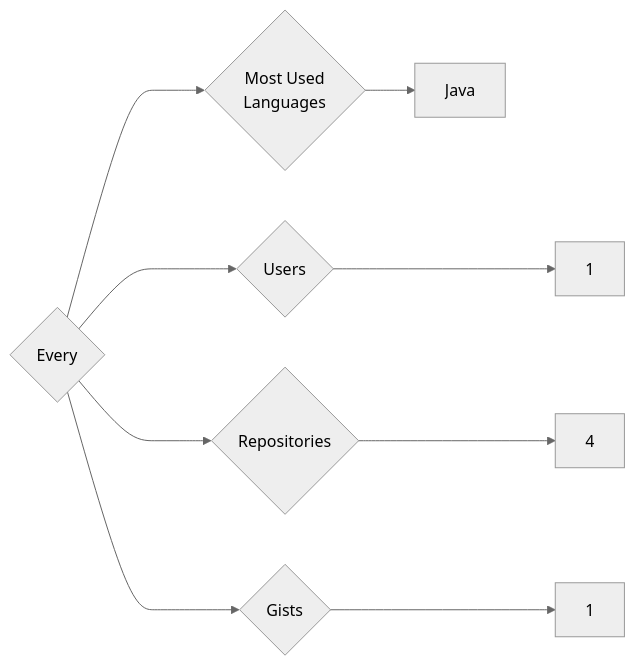
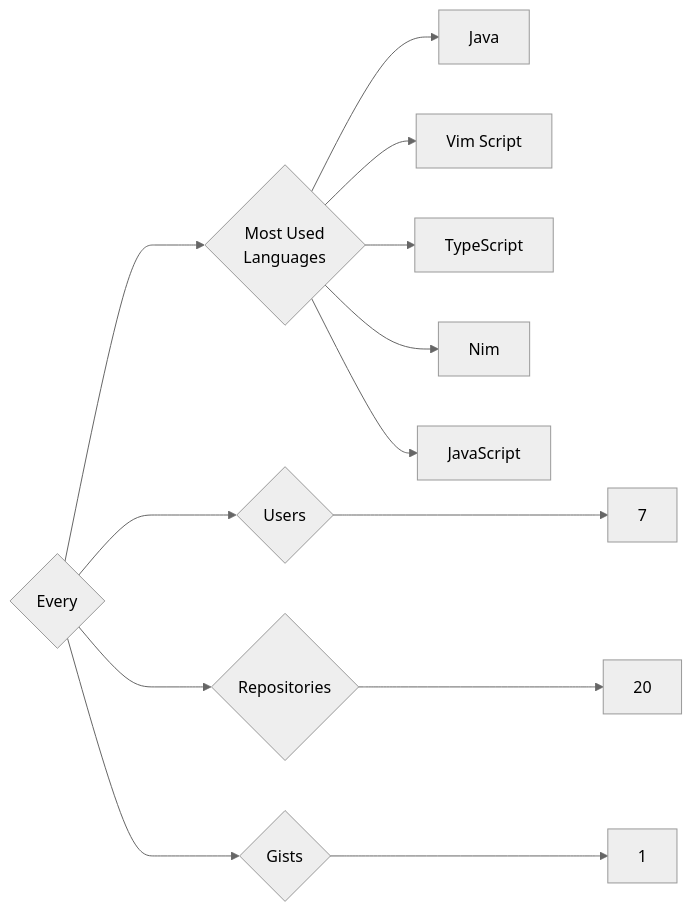
The diagram in targets/Every/README.md (trickest/insiders), drawn with Mermaid (neutral theme) before and after one commit. The commit also changed 1314 other files, not shown here.

````diff
--- a/targets/Every/README.md
+++ b/targets/Every/README.md
@@ -3,9 +3,13 @@
 ```mermaid
 graph LR
 COMPANY_NAME{Every}
-COMPANY_NAME ---> U{Users} ---> UN[1]
-COMPANY_NAME ---> R{Repositories} ---> RN[4]
+COMPANY_NAME ---> U{Users} ---> UN[7]
+COMPANY_NAME ---> R{Repositories} ---> RN[20]
 COMPANY_NAME ---> G{Gists} ---> GN[1]
 COMPANY_NAME ---> ML{Most Used<br>Languages}
 ML --> Java[Java]
+ML --> Vim_Script[Vim Script]
+ML --> TypeScript[TypeScript]
+ML --> Nim[Nim]
+ML --> JavaScript[JavaScript]
 ```
````
